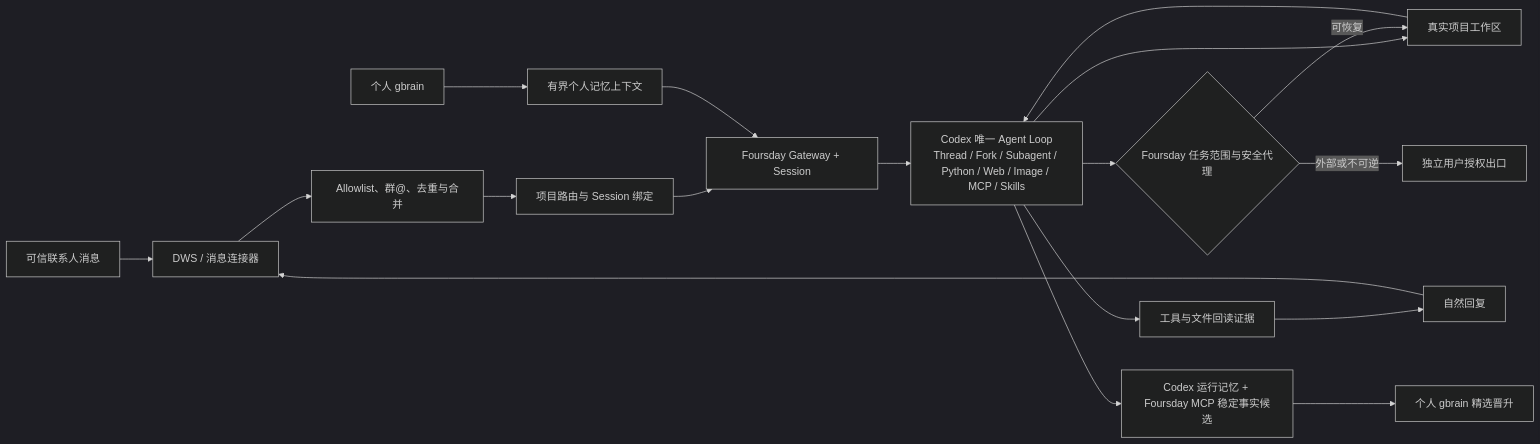
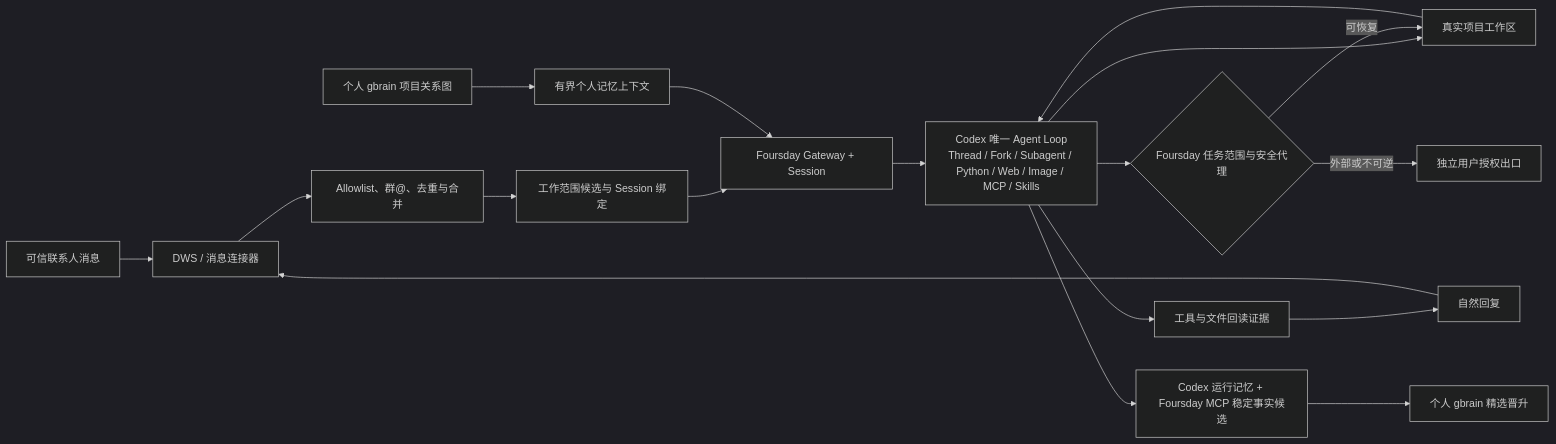
The first of 3 diagrams in docs/产品需求文档.md (ruiwang20010702/foursday), drawn with Mermaid (dark theme) before and after one commit. The commit also changed other lines of this file and 55 other files, not shown here.

````diff
--- a/docs/产品需求文档.md
+++ b/docs/产品需求文档.md
@@ -151,20 +156,20 @@
 ```mermaid
 flowchart LR
     A["可信联系人消息"] --> B["DWS / 消息连接器"]
     B --> C["Allowlist、群@、去重与合并"]
-    C --> D["项目路由与 Session 绑定"]
-    E["个人 gbrain"] --> F["有界个人记忆上下文"]
+    C --> D["工作范围候选与 Session 绑定"]
+    E["个人 gbrain 项目关系图"] --> F["有界个人记忆上下文"]
     D --> G["Foursday Gateway + Session"]
     F --> G
     G --> H["Codex 唯一 Agent Loop<br/>Thread / Fork / Subagent / Python / Web / Image / MCP / Skills"]
     H --> I["真实项目工作区"]
     I --> H
     H --> J["工具与文件回读证据"]
     J --> K["自然回复"]
     K --> B
     H --> L{"Foursday 任务范围与安全代理"}
     L -->|"可恢复"| I
     L -->|"外部或不可逆"| M["独立用户授权出口"]
     H --> N["Codex 运行记忆 + Foursday MCP 稳定事实候选"]
     N --> O["个人 gbrain 精选晋升"]
 ```
````
